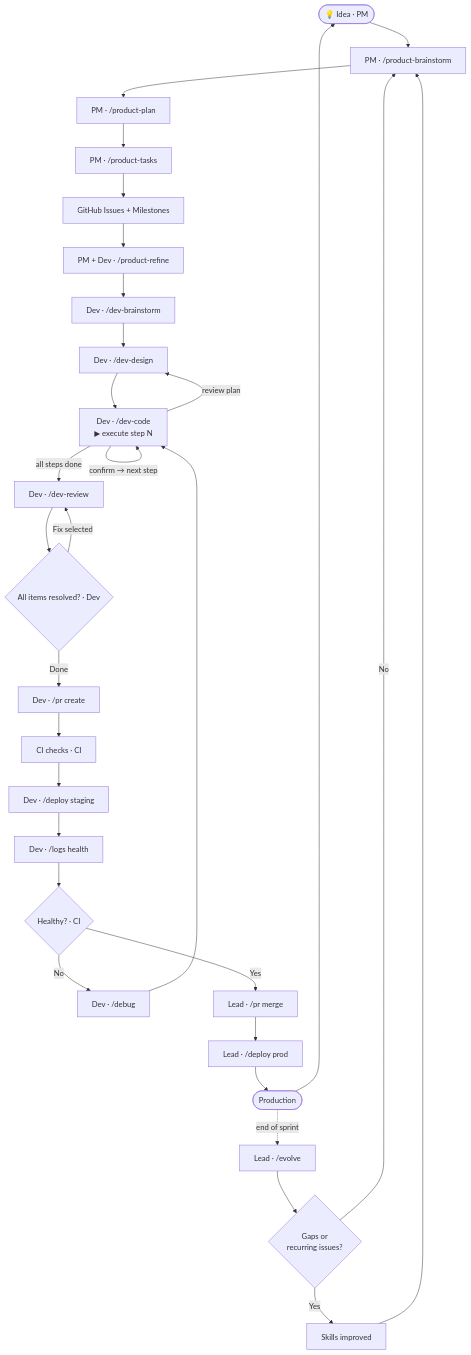
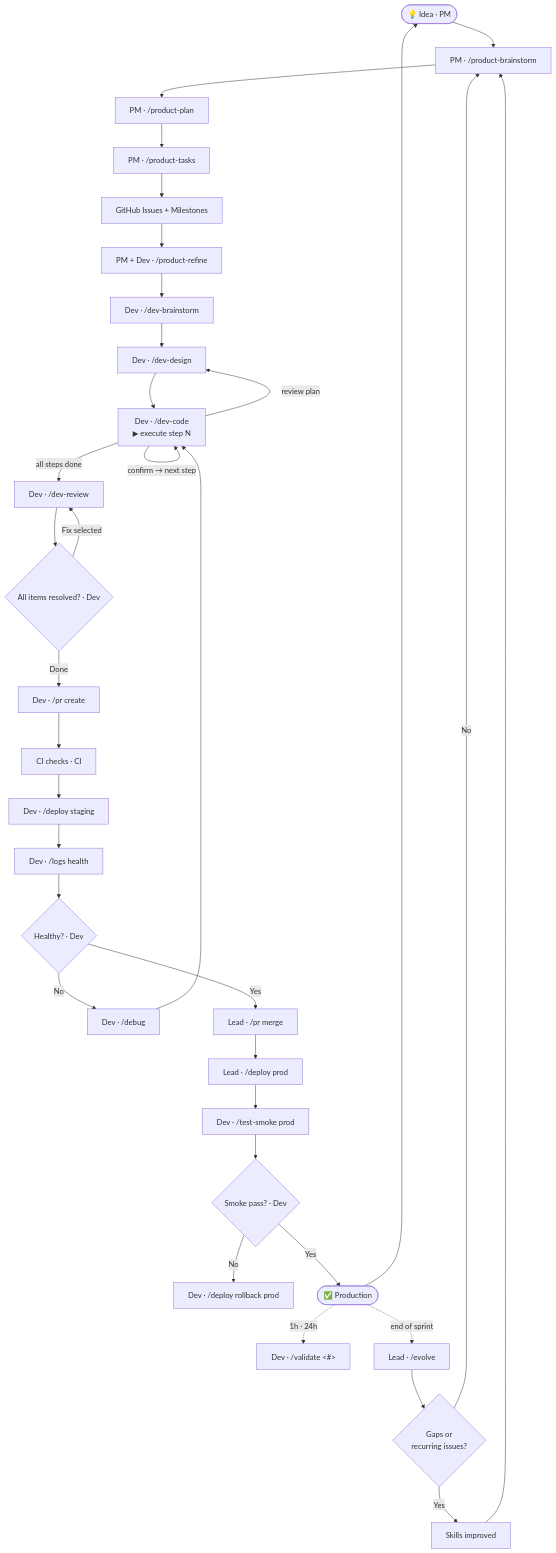
The first of 12 diagrams in README.md (manikumarkv/devrunway-claude-plugin), drawn with Mermaid before and after one commit. The commit also changed other lines of this file, not shown here.

````diff
--- a/README.md
+++ b/README.md
@@ -19,32 +19,36 @@
 ```mermaid
 flowchart TD
     A(["💡 Idea · PM"]) --> B["PM · /product-brainstorm"]
     B --> C["PM · /product-plan"]
     C --> D["PM · /product-tasks"]
     D --> E[GitHub Issues + Milestones]
     E --> F["PM + Dev · /product-refine"]
     F --> G["Dev · /dev-brainstorm"]
     G --> H["Dev · /dev-design"]
     H --> I["Dev · /dev-code\n▶ execute step N"]
     I -->|"confirm → next step"| I
     I -->|"review plan"| H
     I -->|"all steps done"| J["Dev · /dev-review"]
     J --> K{All items resolved? · Dev}
     K -- Fix selected --> J
     K -- Done --> L["Dev · /pr create"]
     L --> M[CI checks · CI]
     M --> N["Dev · /deploy staging"]
     N --> O["Dev · /logs health"]
-    O --> P{Healthy? · CI}
+    O --> P{Healthy? · Dev}
     P -- No --> Q["Dev · /debug"]
     Q --> I
     P -- Yes --> R["Lead · /pr merge"]
     R --> S["Lead · /deploy prod"]
-    S --> T([Production])
-    T --> A
-    T -.->|"end of sprint"| U["Lead · /evolve"]
-    U --> V{Gaps or\nrecurring issues?}
-    V -- Yes --> W[Skills improved]
-    W --> B
-    V -- No --> B
+    S --> T["Dev · /test-smoke prod"]
+    T --> U{Smoke pass? · Dev}
+    U -- No --> V["Dev · /deploy rollback prod"]
+    U -- Yes --> W(["✅ Production"])
+    W --> A
+    W -.->|"1h · 24h"| X["Dev · /validate <#>"]
+    W -.->|"end of sprint"| Y["Lead · /evolve"]
+    Y --> Z{Gaps or\nrecurring issues?}
+    Z -- Yes --> AA[Skills improved]
+    AA --> B
+    Z -- No --> B
 ```
````
